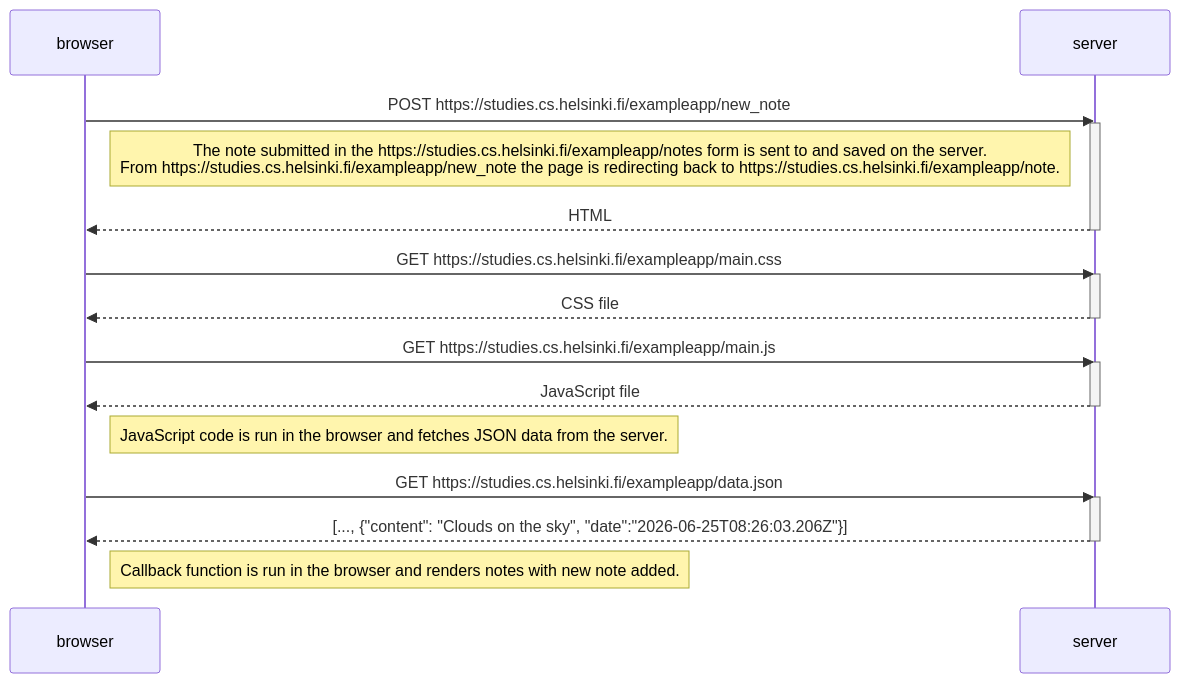
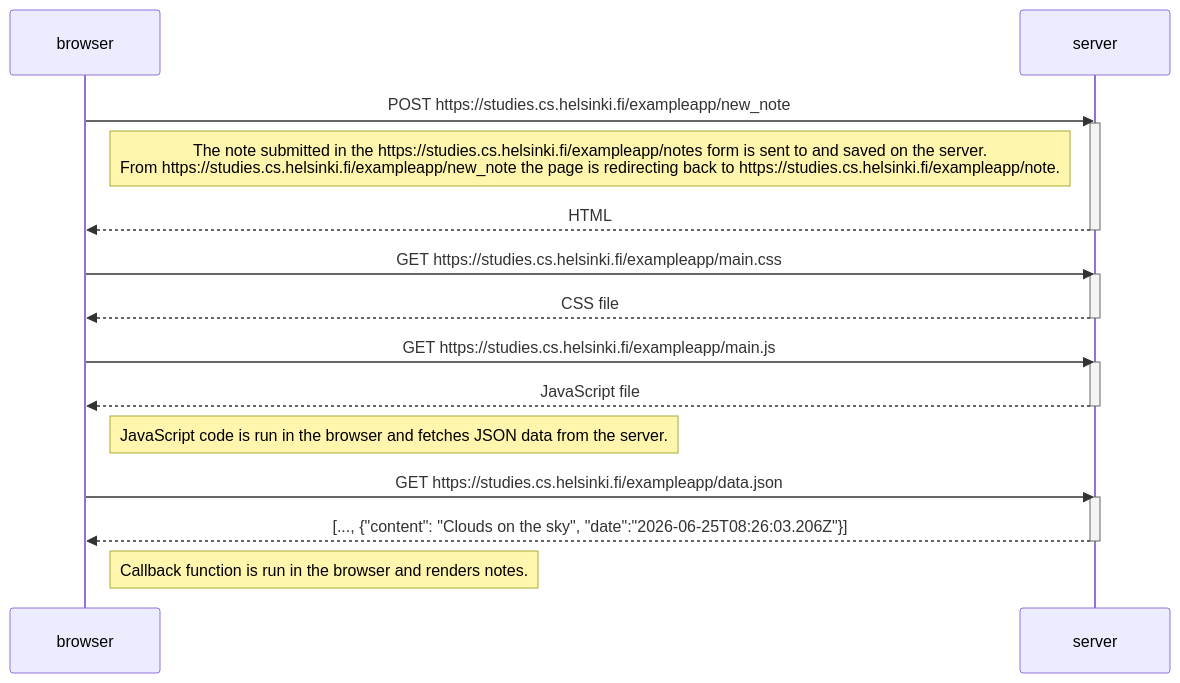
Before and after one commit to Sandrowue/FullStackOpen: the diagram in adding_note_sequence.md, drawn with Mermaid.

Commit message:
correction of comment to JSON.

````diff
--- a/adding_note_sequence.md
+++ b/adding_note_sequence.md
@@ -1,32 +1,32 @@
 ```mermaid
 sequenceDiagram
     participant browser
     participant server
 
     browser->>server: POST https://studies.cs.helsinki.fi/exampleapp/new_note
     activate server
 
     Note right of browser: The note submitted in the https://studies.cs.helsinki.fi/exampleapp/notes form is sent to and saved on the server. <br>From https://studies.cs.helsinki.fi/exampleapp/new_note the page is redirecting back to https://studies.cs.helsinki.fi/exampleapp/note. 
 
     server-->> browser: HTML
     deactivate server
 
     browser->>server: GET https://studies.cs.helsinki.fi/exampleapp/main.css
     activate server
     server-->>browser: CSS file
     deactivate server
 
     browser->>server: GET https://studies.cs.helsinki.fi/exampleapp/main.js
     activate server
     server-->>browser: JavaScript file
     deactivate server
 
     Note right of browser: JavaScript code is run in the browser and fetches JSON data from the server.
 
     browser->>server: GET https://studies.cs.helsinki.fi/exampleapp/data.json
     activate server
     server-->>browser: [..., {"content": "Clouds on the sky", "date":"2026-06-25T08:26:03.206Z"}] 
     deactivate server
 
-    Note right of browser: Callback function is run in the browser and renders notes with new note added.
+    Note right of browser: Callback function is run in the browser and renders notes.
 ```
````
